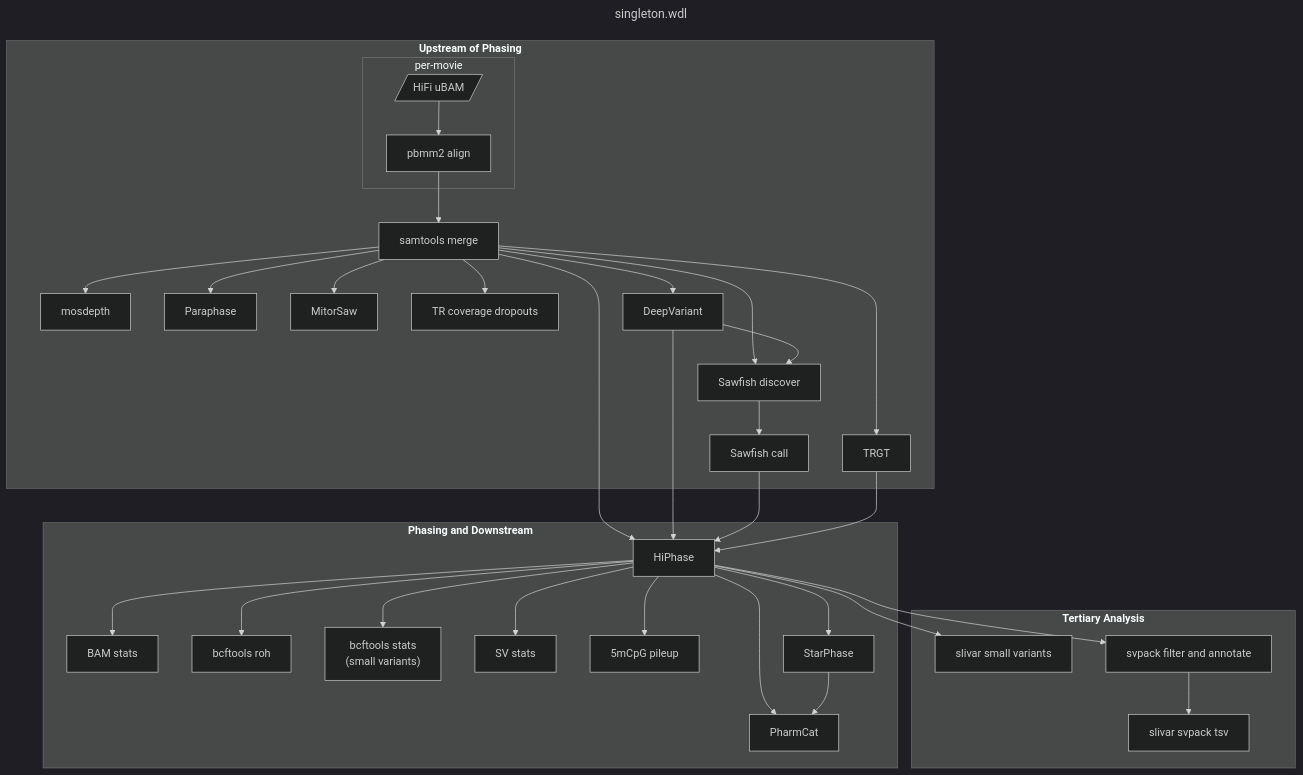
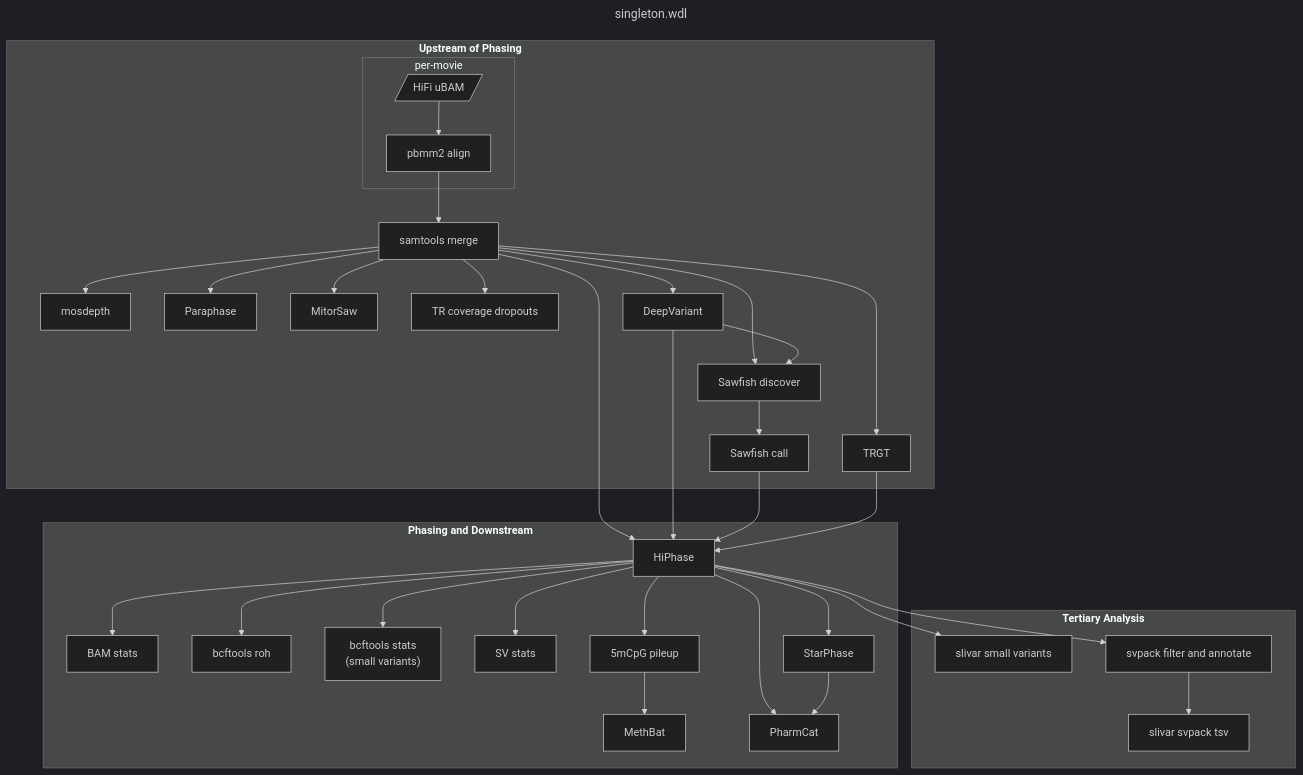
Before and after one commit to PacificBiosciences/HiFi-human-WGS-WDL: the diagram in docs/singleton.md, drawn with Mermaid (dark theme). The commit also changed other lines of this file and 9 other files, not shown here.

First line of the commit message:
feat: Add MethBat task (#248)

````diff
--- a/docs/singleton.md
+++ b/docs/singleton.md
@@ -19,63 +19,65 @@
 ```mermaid
 ---
 title: singleton.wdl
 ---
 flowchart TD
   subgraph "`**Upstream of Phasing**`"
     subgraph "per-movie"
       ubam[/"HiFi uBAM"/]
       pbmm2_align["pbmm2 align"]
     end
     samtools_merge["samtools merge"]
     mosdepth["mosdepth"]
     paraphase["Paraphase"]
     mitorsaw["MitorSaw"]
     trgt["TRGT"]
     trgt_dropouts["TR coverage dropouts"]
     deepvariant["DeepVariant"]
     sawfish_discover["Sawfish discover"]
     sawfish_call["Sawfish call"]
   end
   subgraph "`**Phasing and Downstream**`"
     hiphase["HiPhase"]
     bam_stats["BAM stats"]
     bcftools_roh["bcftools roh"]
     bcftools_stats["bcftools stats\n(small variants)"]
     sv_stats["SV stats"]
     cpg_pileup["5mCpG pileup"]
+    methbat["MethBat"]
     starphase["StarPhase"]
     pharmcat["PharmCat"]
   end
   subgraph "`**Tertiary Analysis**`"
     slivar_small_variants["slivar small variants"]
     svpack["svpack filter and annotate"]
     slivar_svpack["slivar svpack tsv"]
   end
 
   ubam --> pbmm2_align --> samtools_merge
   samtools_merge --> mosdepth
   samtools_merge --> paraphase
   samtools_merge --> mitorsaw
   samtools_merge --> trgt
   samtools_merge --> trgt_dropouts
   samtools_merge --> deepvariant
   samtools_merge --> sawfish_discover
   samtools_merge --> hiphase
   deepvariant --> sawfish_discover
   deepvariant --> hiphase
   sawfish_discover --> sawfish_call --> hiphase
   trgt --> hiphase
 
   hiphase --> bam_stats
   hiphase --> bcftools_roh
   hiphase --> bcftools_stats
   hiphase --> sv_stats
   hiphase --> cpg_pileup
   hiphase --> starphase
   hiphase --> pharmcat
   starphase --> pharmcat
+  cpg_pileup --> methbat
 
   hiphase --> slivar_small_variants
   hiphase --> svpack
   svpack --> slivar_svpack
 ```
````
